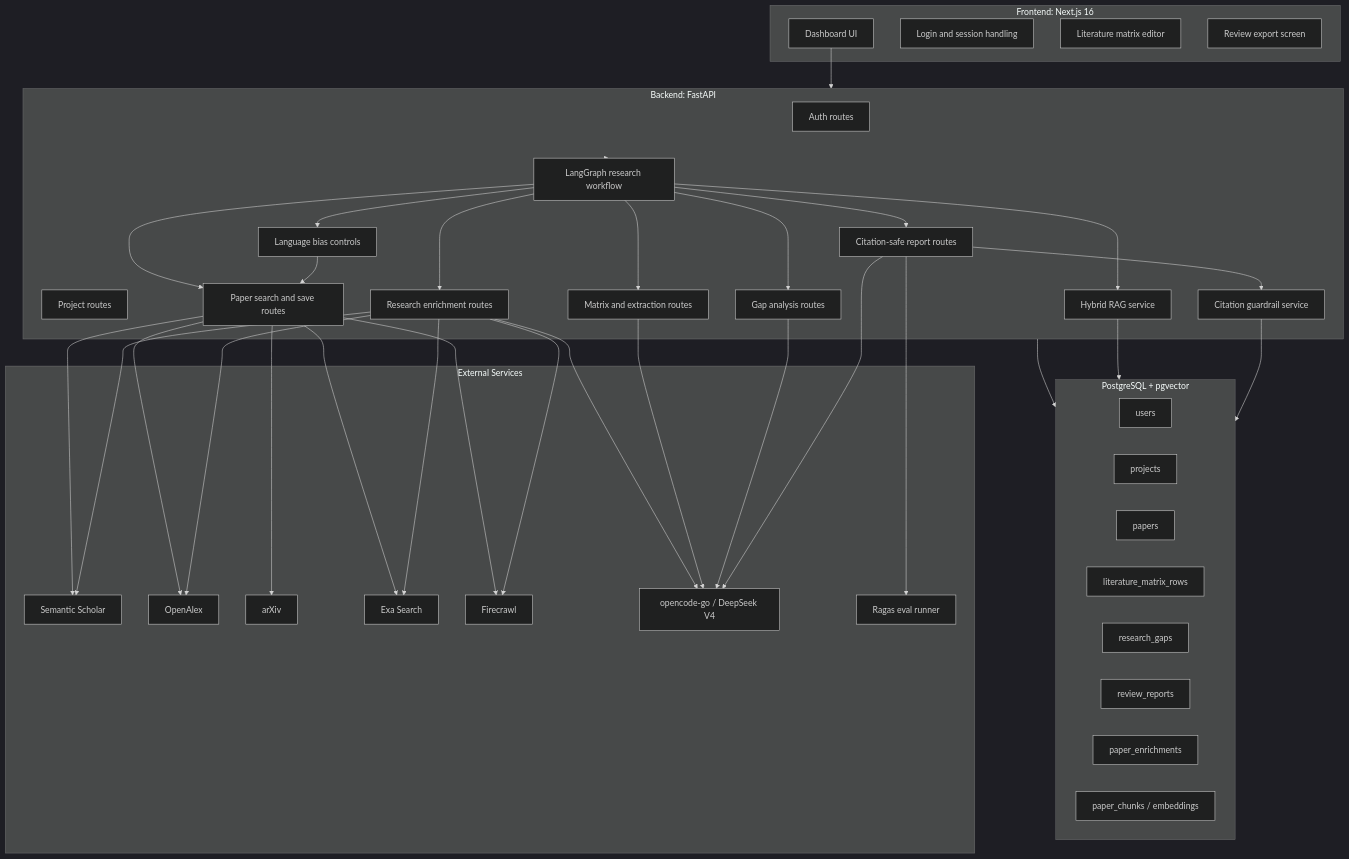
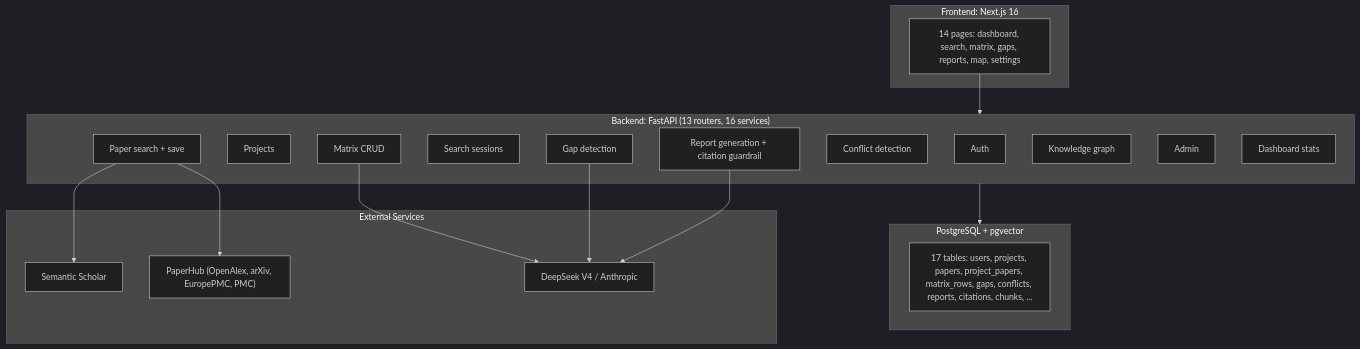
One commit to vietlinhh02/lumen-agent changed the first of 3 diagrams in docs/architecture/system-overview.md. Above: the diagram before and after it, drawn with Mermaid (dark theme). The commit also changed other lines of this file and 13 other files, not shown here.

Commit message:
chore: fix import ordering for Exa/Firecrawl imports

````diff
--- a/docs/architecture/system-overview.md
+++ b/docs/architecture/system-overview.md
@@ -42,73 +36,38 @@
 ```mermaid
 flowchart TB
     subgraph Client["Frontend: Next.js 16"]
-        UI["Dashboard UI"]
-        AuthUI["Login and session handling"]
-        MatrixUI["Literature matrix editor"]
-        ReportUI["Review export screen"]
+        UI["14 pages: dashboard, search, matrix, gaps, reports, map, settings"]
     end
 
-    subgraph API["Backend: FastAPI"]
-        AuthAPI["Auth routes"]
-        ProjectAPI["Project routes"]
-        PaperAPI["Paper search and save routes"]
-        AgentGraph["LangGraph research workflow"]
-        EnrichAPI["Research enrichment routes"]
-        BiasAPI["Language bias controls"]
-        RetrievalAPI["Hybrid RAG service"]
-        MatrixAPI["Matrix and extraction routes"]
-        GapAPI["Gap analysis routes"]
-        ReportAPI["Citation-safe report routes"]
-        Guardrail["Citation guardrail service"]
+    subgraph API["Backend: FastAPI (13 routers, 16 services)"]
+        Auth["Auth"]
+        Projects["Projects"]
+        Papers["Paper search + save"]
+        Sessions["Search sessions"]
+        Matrix["Matrix CRUD"]
+        Gaps["Gap detection"]
+        Conflicts["Conflict detection"]
+        Reports["Report generation + citation guardrail"]
+        KG["Knowledge graph"]
+        Admin["Admin"]
+        Stats["Dashboard stats"]
     end
 
     subgraph DB["PostgreSQL + pgvector"]
-        Users["users"]
-        Projects["projects"]
-        Papers["papers"]
-        Matrix["literature_matrix_rows"]
-        Gaps["research_gaps"]
-        Reports["review_reports"]
-        Enrichment["paper_enrichments"]
-        Embeddings["paper_chunks / embeddings"]
+        Tables["17 tables: users, projects, papers, project_papers, matrix_rows, gaps, conflicts, reports, citations, chunks, ..."]
     end
 
     subgraph External["External Services"]
         SS["Semantic Scholar"]
-        OA["OpenAlex"]
-        AX["arXiv"]
-        EXA["Exa Search"]
-        FC["Firecrawl"]
-        LLM["opencode-go / DeepSeek V4"]
-        Ragas["Ragas eval runner"]
+        PH["PaperHub (OpenAlex, arXiv, EuropePMC, PMC)"]
+        LLM["DeepSeek V4 / Anthropic"]
     end
 
     UI --> API
     API --> DB
-    API --> AgentGraph
-    AgentGraph --> PaperAPI
-    AgentGraph --> EnrichAPI
-    AgentGraph --> BiasAPI
-    AgentGraph --> RetrievalAPI
-    AgentGraph --> MatrixAPI
-    AgentGraph --> GapAPI
-    AgentGraph --> ReportAPI
-    PaperAPI --> SS
-    PaperAPI --> OA
-    PaperAPI --> AX
-    PaperAPI --> EXA
-    PaperAPI --> FC
-    BiasAPI --> PaperAPI
-    EnrichAPI --> SS
-    EnrichAPI --> OA
-    EnrichAPI --> EXA
-    EnrichAPI --> FC
-    EnrichAPI --> LLM
-    RetrievalAPI --> DB
-    MatrixAPI --> LLM
-    GapAPI --> LLM
-    ReportAPI --> LLM
-    ReportAPI --> Ragas
-    ReportAPI --> Guardrail
-    Guardrail --> DB
+    Papers --> SS
+    Papers --> PH
+    Matrix --> LLM
+    Gaps --> LLM
+    Reports --> LLM
 ```
````
